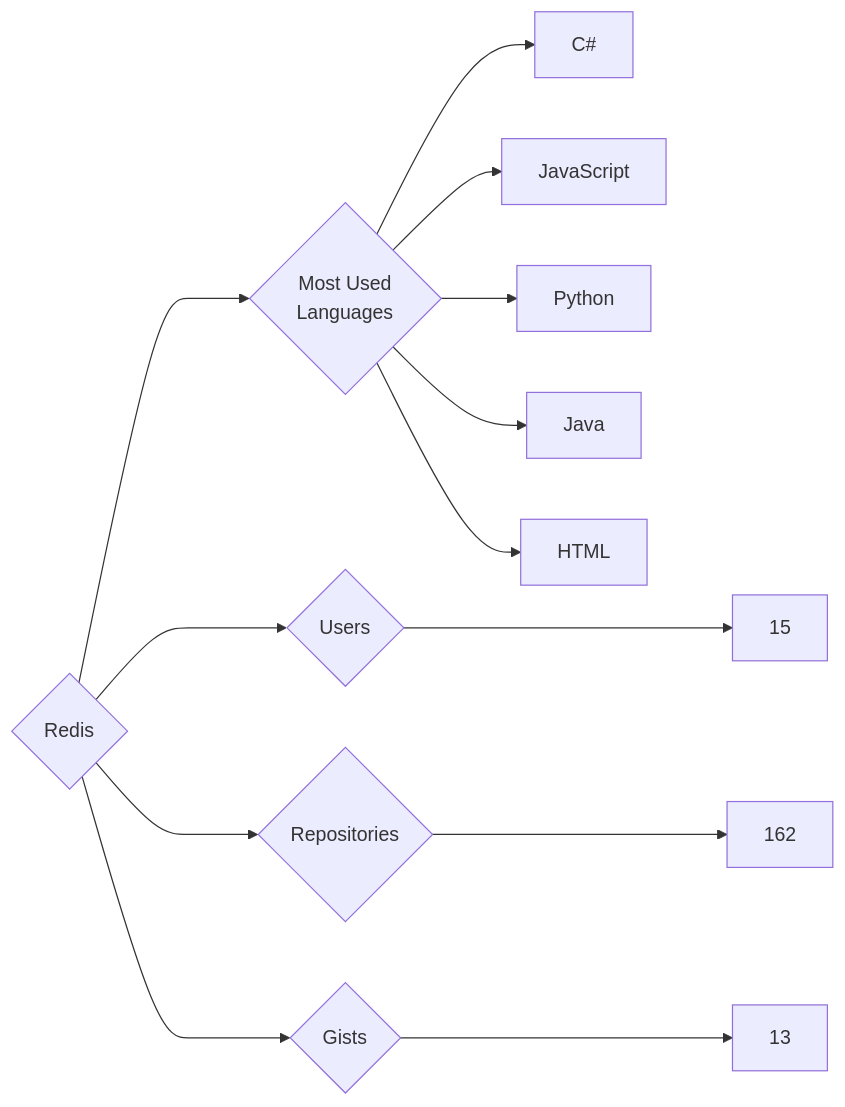
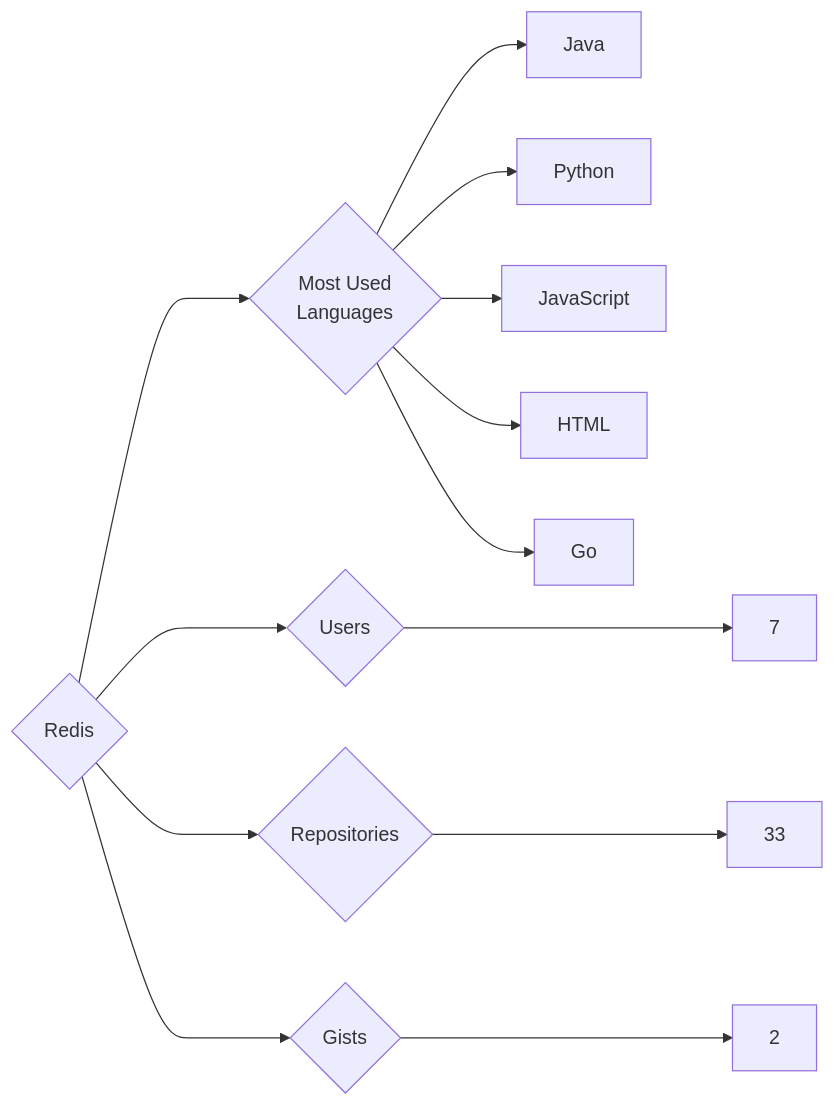
The diagram in targets/Redis/README.md (trickest/insiders), drawn with Mermaid before and after one commit. The commit also changed 1496 other files, not shown here.

````diff
--- a/targets/Redis/README.md
+++ b/targets/Redis/README.md
@@ -3,13 +3,13 @@
 ```mermaid
 graph LR
 COMPANY_NAME{Redis}
-COMPANY_NAME ---> U{Users} ---> UN[15]
-COMPANY_NAME ---> R{Repositories} ---> RN[162]
-COMPANY_NAME ---> G{Gists} ---> GN[13]
+COMPANY_NAME ---> U{Users} ---> UN[7]
+COMPANY_NAME ---> R{Repositories} ---> RN[33]
+COMPANY_NAME ---> G{Gists} ---> GN[2]
 COMPANY_NAME ---> ML{Most Used<br>Languages}
-ML --> C#[C#]
+ML --> Java[Java]
+ML --> Python[Python]
 ML --> JavaScript[JavaScript]
-ML --> Python[Python]
-ML --> Java[Java]
 ML --> HTML[HTML]
+ML --> Go[Go]
 ```
````
